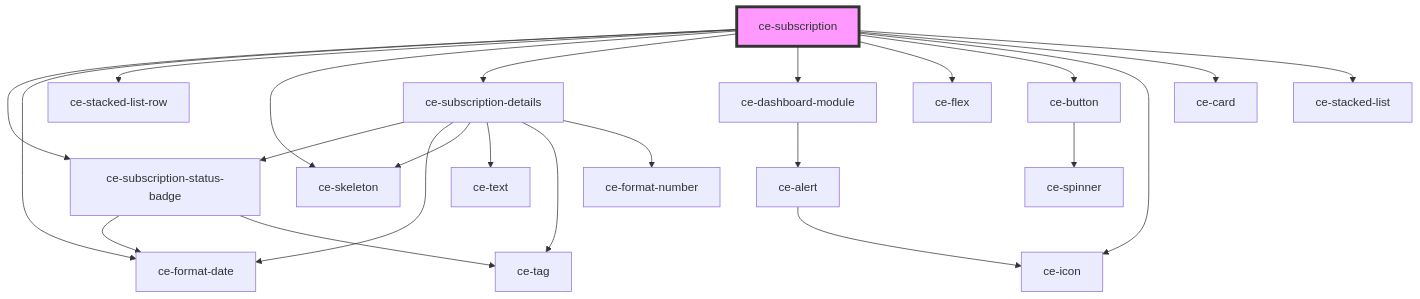
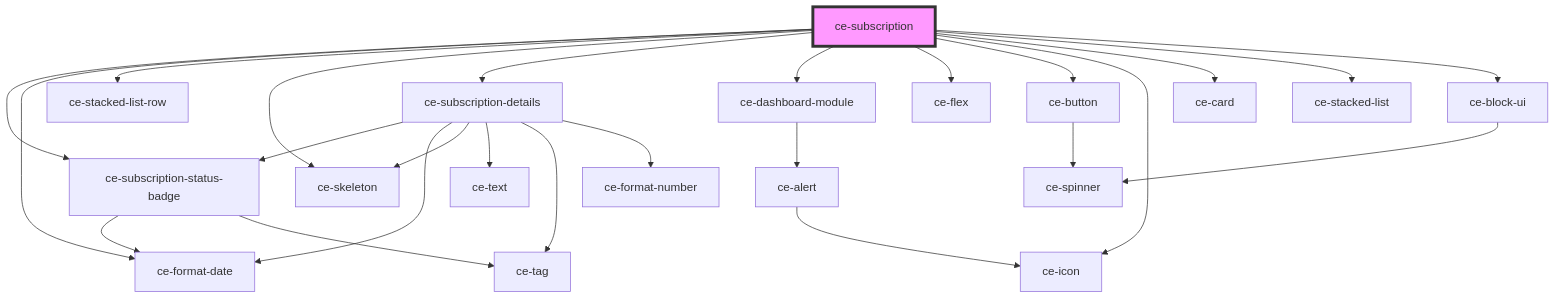
The diagram in packages/components/src/components/controllers/dashboard/subscription/readme.md (surecart/surecart-wp-plugin), drawn with Mermaid before and after one commit. The commit also changed other lines of this file and 61 other files, not shown here.

````diff
--- a/packages/components/src/components/controllers/dashboard/subscription/readme.md
+++ b/packages/components/src/components/controllers/dashboard/subscription/readme.md
@@ -35,26 +36,28 @@
 ```mermaid
 graph TD;
   ce-subscription --> ce-subscription-status-badge
   ce-subscription --> ce-format-date
   ce-subscription --> ce-stacked-list-row
   ce-subscription --> ce-skeleton
   ce-subscription --> ce-subscription-details
   ce-subscription --> ce-dashboard-module
   ce-subscription --> ce-flex
   ce-subscription --> ce-button
   ce-subscription --> ce-icon
   ce-subscription --> ce-card
   ce-subscription --> ce-stacked-list
+  ce-subscription --> ce-block-ui
   ce-subscription-status-badge --> ce-format-date
   ce-subscription-status-badge --> ce-tag
   ce-subscription-details --> ce-subscription-status-badge
   ce-subscription-details --> ce-format-date
   ce-subscription-details --> ce-skeleton
   ce-subscription-details --> ce-text
   ce-subscription-details --> ce-tag
   ce-subscription-details --> ce-format-number
   ce-dashboard-module --> ce-alert
   ce-alert --> ce-icon
   ce-button --> ce-spinner
+  ce-block-ui --> ce-spinner
   style ce-subscription fill:#f9f,stroke:#333,stroke-width:4px
 ```
````
